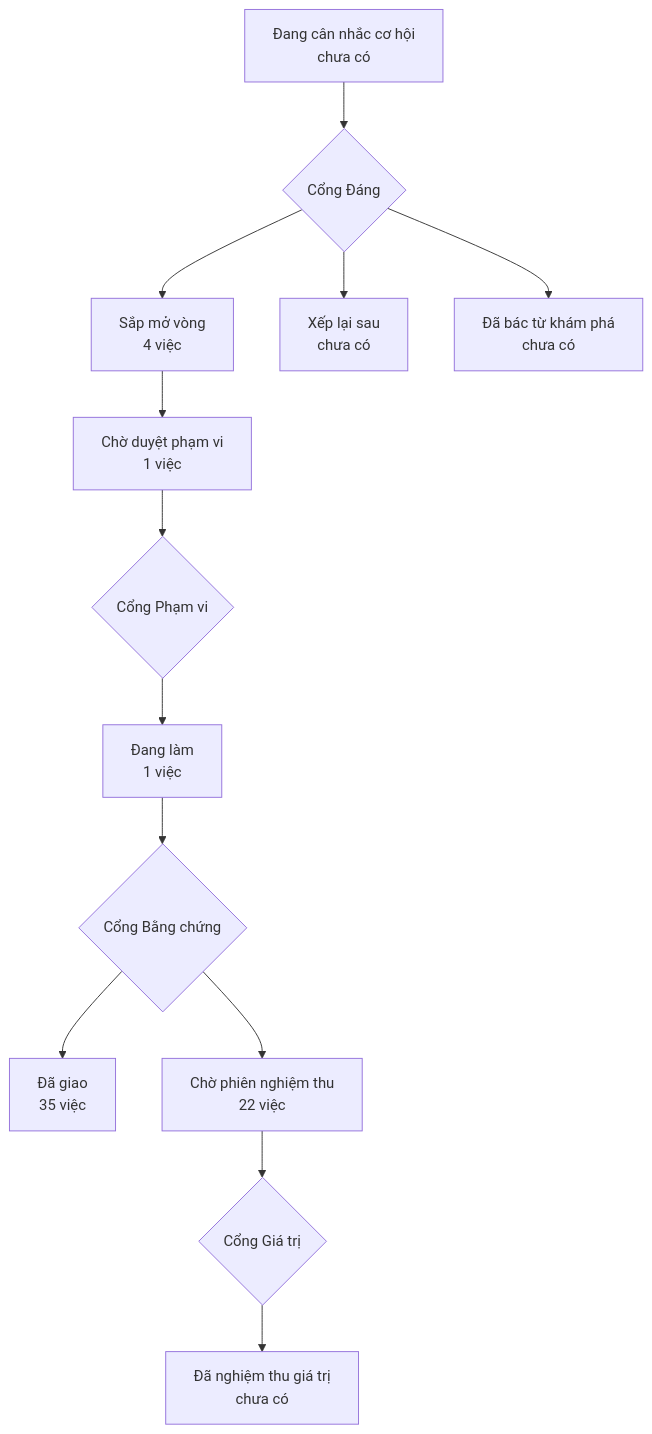
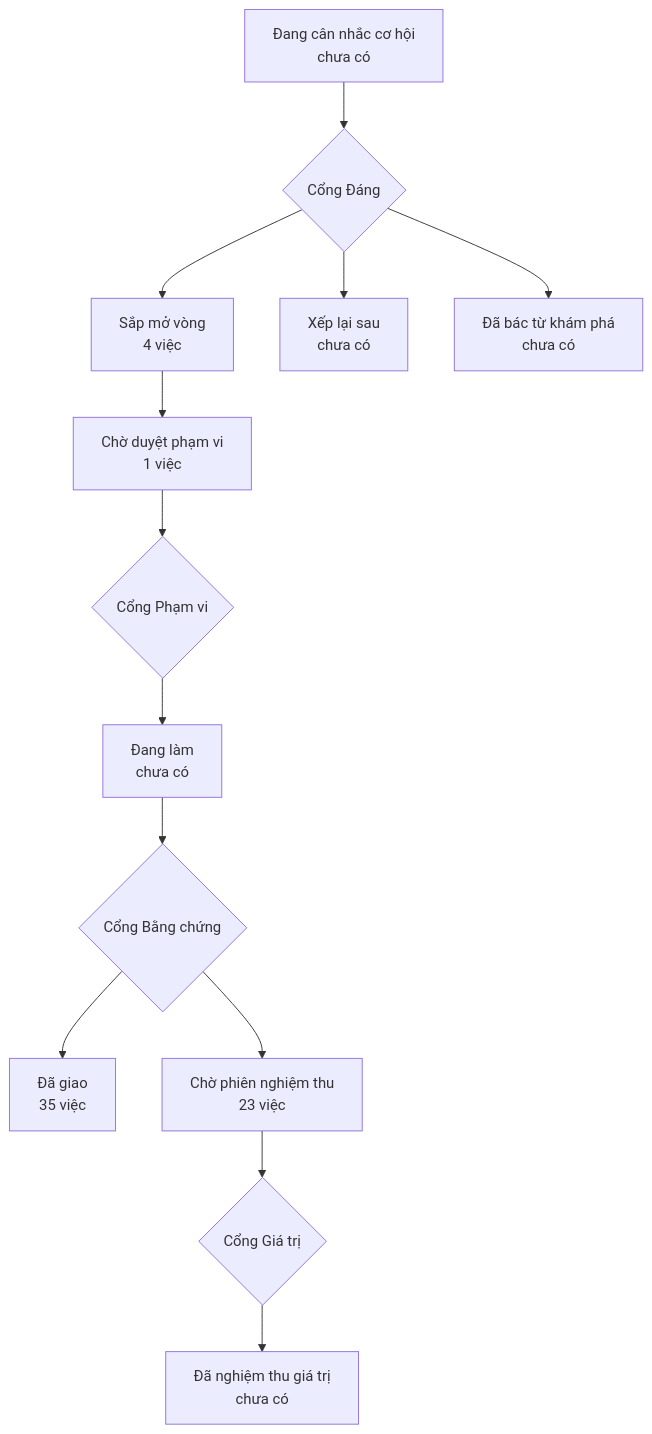
The diagram in PRODUCT-MAP.md (phanlemanh/onehub-invest), drawn with Mermaid before and after one commit. The commit also changed other lines of this file and 4 other files, not shown here.

````diff
--- a/PRODUCT-MAP.md
+++ b/PRODUCT-MAP.md
@@ -7,12 +7,12 @@
 ```mermaid
 flowchart TD
   A["Đang cân nhắc cơ hội<br/>chưa có"] --> GD{"Cổng Đáng"}
   GD --> B["Sắp mở vòng<br/>4 việc"]
   GD --> XL["Xếp lại sau<br/>chưa có"]
   GD --> DB["Đã bác từ khám phá<br/>chưa có"]
   B --> CD["Chờ duyệt phạm vi<br/>1 việc"] --> GP{"Cổng Phạm vi"}
-  GP --> DL["Đang làm<br/>1 việc"] --> GB{"Cổng Bằng chứng"}
+  GP --> DL["Đang làm<br/>chưa có"] --> GB{"Cổng Bằng chứng"}
   GB --> DG["Đã giao<br/>35 việc"]
-  GB --> CN["Chờ phiên nghiệm thu<br/>22 việc"] --> GG{"Cổng Giá trị"}
+  GB --> CN["Chờ phiên nghiệm thu<br/>23 việc"] --> GG{"Cổng Giá trị"}
   GG --> NT["Đã nghiệm thu giá trị<br/>chưa có"]
 ```
````
